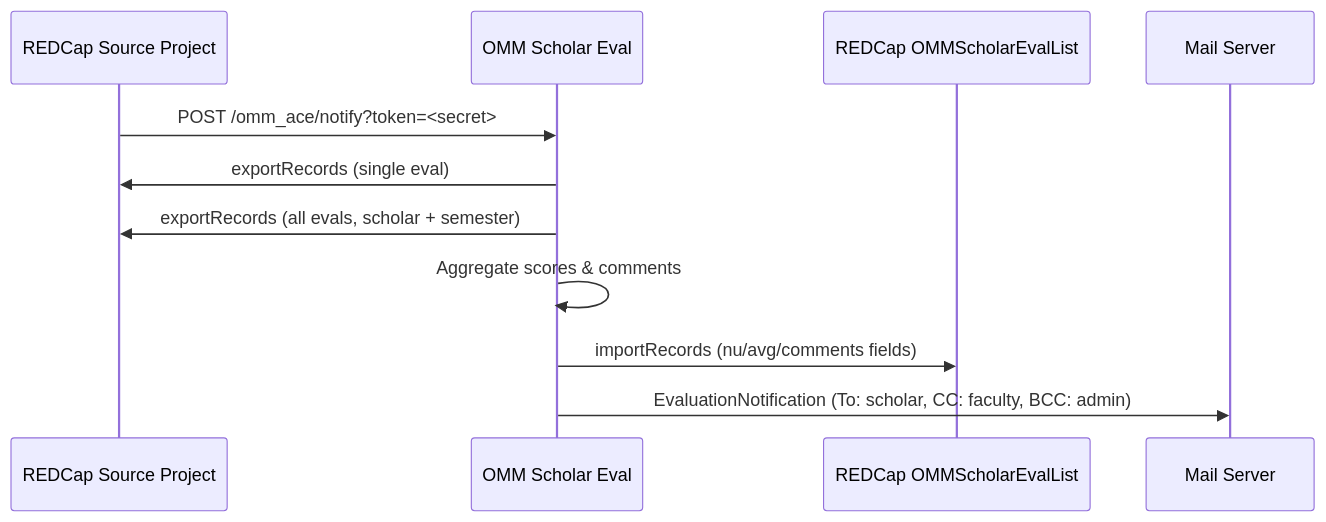
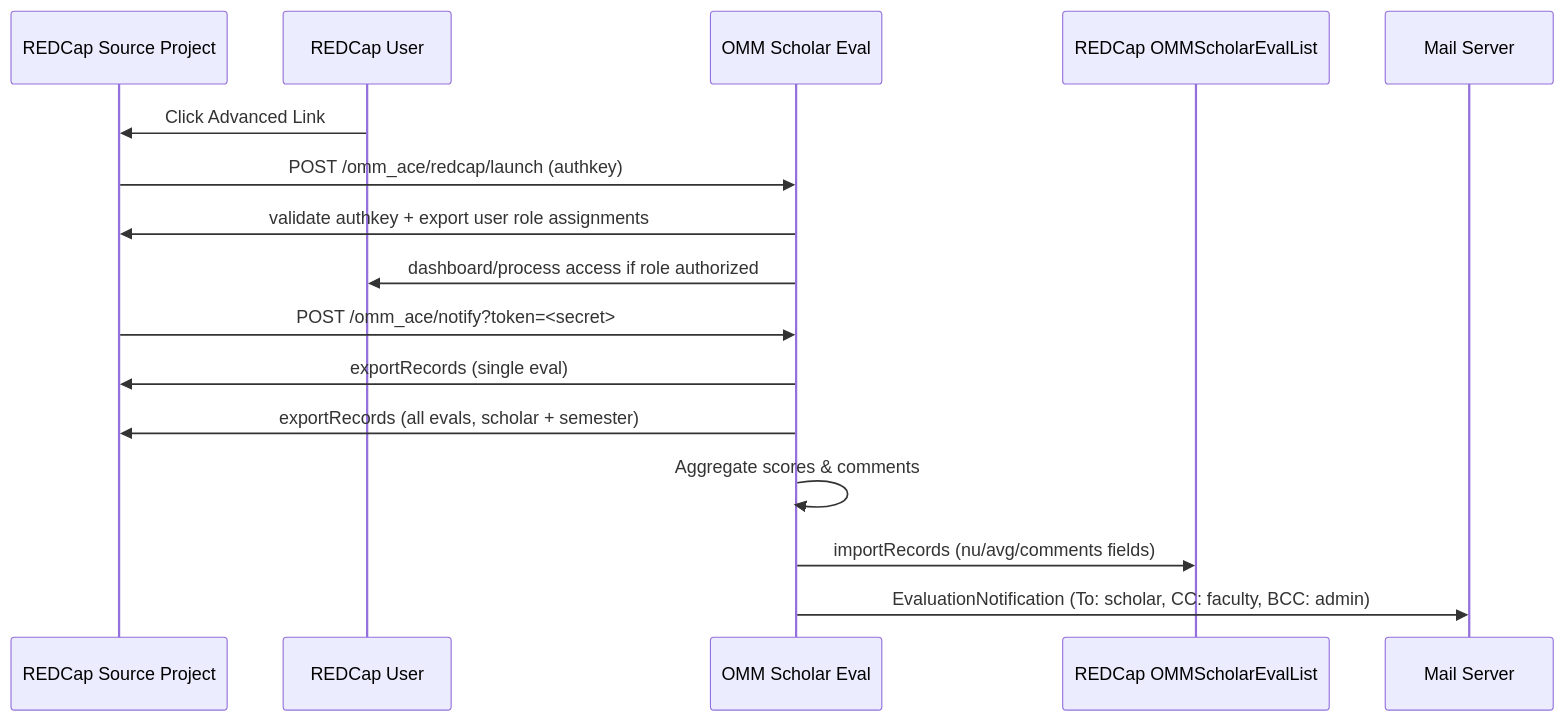
Before and after one commit to com-atg/OMM-SE: the diagram in README.md, drawn with Mermaid. The commit also changed other lines of this file and 60 other files, not shown here.

Commit message:
Implement SAML authentication middleware, enhance user role management, and add REDCap project token handling

````diff
--- a/README.md
+++ b/README.md
@@ -9,14 +9,19 @@
 ```mermaid
 sequenceDiagram
     participant RC as REDCap Source Project
+    participant User as REDCap User
     participant App as OMM Scholar Eval
     participant Dest as REDCap OMMScholarEvalList
     participant Mail as Mail Server
 
+    User->>RC: Click Advanced Link
+    RC->>App: POST /omm_ace/redcap/launch (authkey)
+    App->>RC: validate authkey + export user role assignments
+    App->>User: dashboard/process access if role authorized
     RC->>App: POST /omm_ace/notify?token=<secret>
     App->>RC: exportRecords (single eval)
     App->>RC: exportRecords (all evals, scholar + semester)
     App->>App: Aggregate scores & comments
     App->>Dest: importRecords (nu/avg/comments fields)
     App->>Mail: EvaluationNotification (To: scholar, CC: faculty, BCC: admin)
 ```
````
